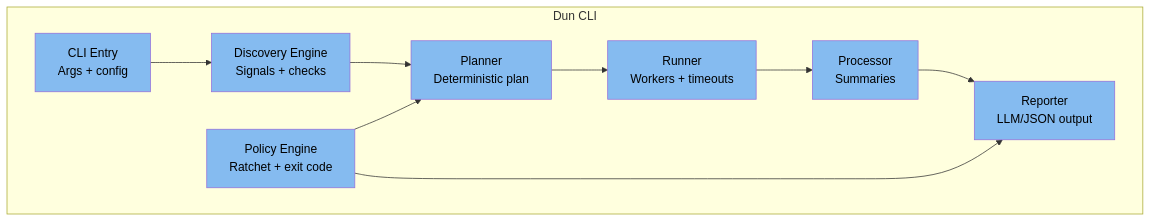
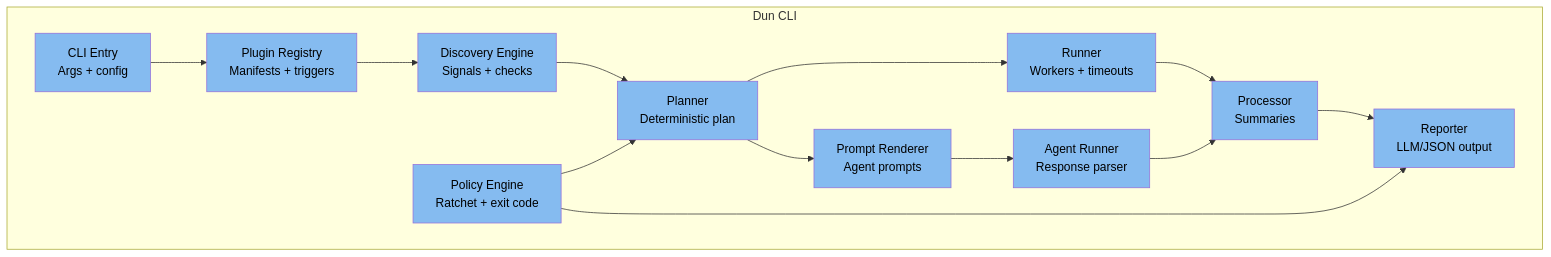
Before and after one commit to easel/dun: the third of 6 diagrams in docs/design/architecture.md, drawn with Mermaid. The commit also changed other lines of this file and 3 other files, not shown here.

Commit message:
Design plugin system and agent checks

````diff
--- a/docs/design/architecture.md
+++ b/docs/design/architecture.md
@@ -120,28 +120,38 @@
 ```mermaid
 graph TB
     subgraph "Dun CLI"
         Entry[CLI Entry<br/>Args + config]
+        Plug[Plugin Registry<br/>Manifests + triggers]
         Disc[Discovery Engine<br/>Signals + checks]
         Plan[Planner<br/>Deterministic plan]
         Run[Runner<br/>Workers + timeouts]
+        Prompt[Prompt Renderer<br/>Agent prompts]
+        Agent[Agent Runner<br/>Response parser]
         Proc[Processor<br/>Summaries]
         Rep[Reporter<br/>LLM/JSON output]
         Policy[Policy Engine<br/>Ratchet + exit code]
     end
 
-    Entry --> Disc
+    Entry --> Plug
+    Plug --> Disc
     Disc --> Plan
     Plan --> Run
+    Plan --> Prompt
+    Prompt --> Agent
     Run --> Proc
+    Agent --> Proc
     Proc --> Rep
     Policy --> Plan
     Policy --> Rep
 
     style Entry fill:#85bbf0,color:#000
+    style Plug fill:#85bbf0,color:#000
     style Disc fill:#85bbf0,color:#000
     style Plan fill:#85bbf0,color:#000
     style Run fill:#85bbf0,color:#000
+    style Prompt fill:#85bbf0,color:#000
+    style Agent fill:#85bbf0,color:#000
     style Proc fill:#85bbf0,color:#000
     style Rep fill:#85bbf0,color:#000
     style Policy fill:#85bbf0,color:#000
 ```
````
